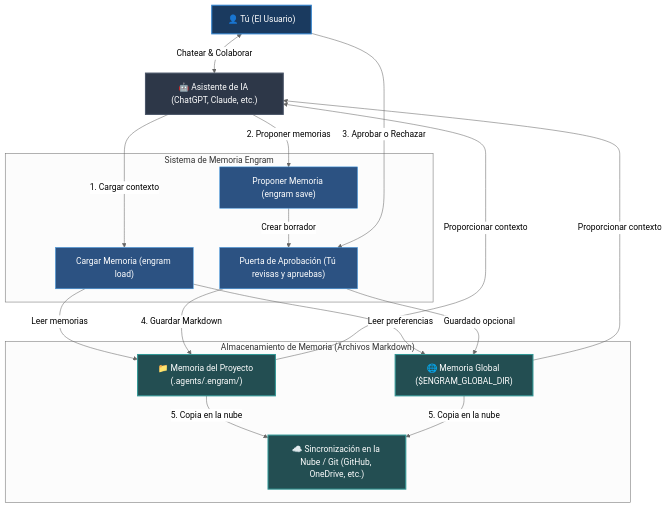
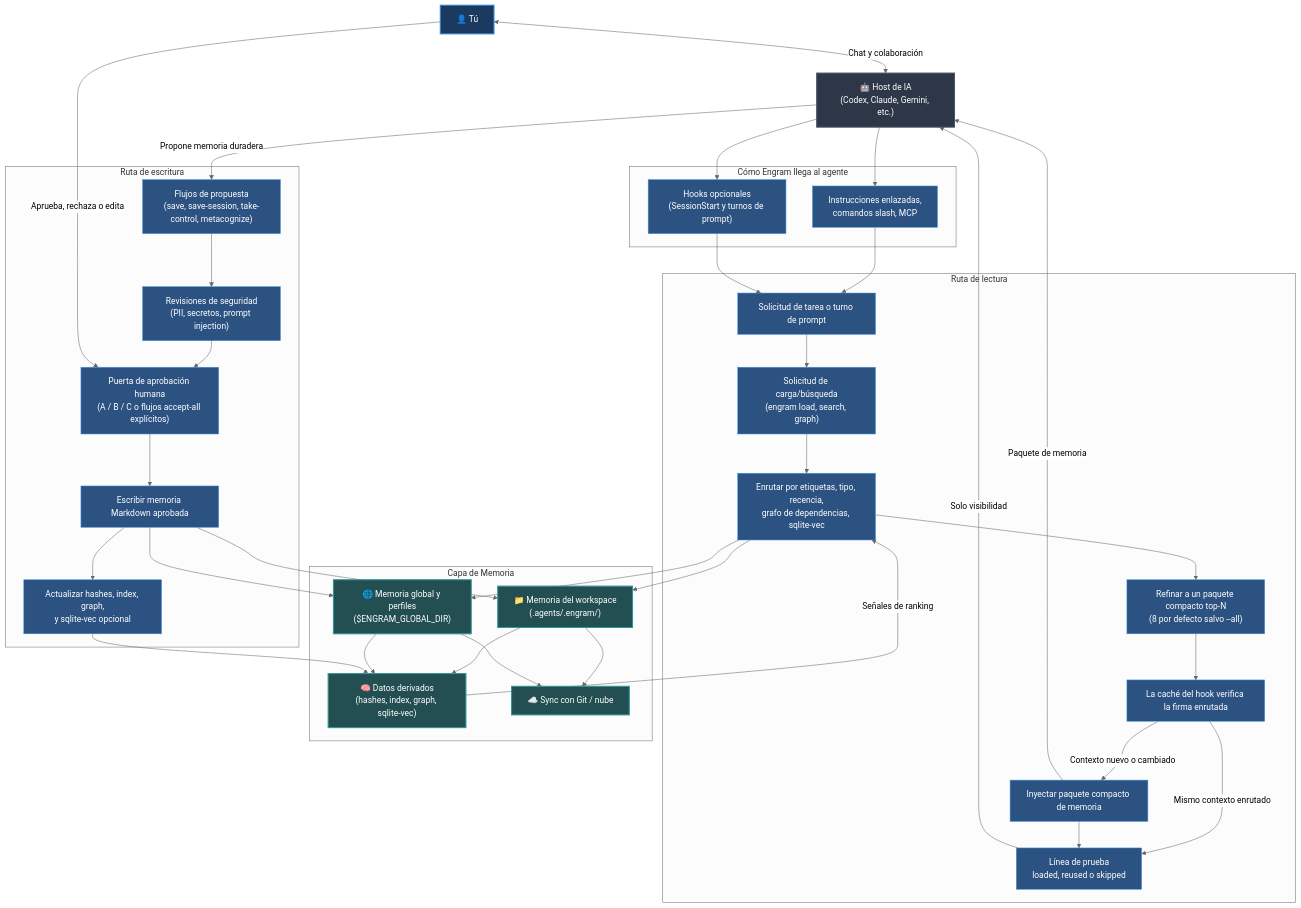
One commit to the-long-ride/engram changed the diagram in documentation/es/README.md. Above: the diagram before and after it, drawn with Mermaid (neutral theme). The commit also changed other lines of this file and 19 other files, not shown here.

Commit message:
docs: refresh proof and architecture docs

````diff
--- a/documentation/es/README.md
+++ b/documentation/es/README.md
@@ -27,39 +27,71 @@
 ```mermaid
 graph TD
-    %% Styling
-    classDef default fill:#111,stroke:#333,stroke-width:1px,color:#fff;
     classDef human fill:#1a3a5f,stroke:#3182ce,stroke-width:2px,color:#fff;
     classDef agent fill:#2d3748,stroke:#4a5568,stroke-width:2px,color:#fff;
     classDef storage fill:#234e52,stroke:#319795,stroke-width:2px,color:#fff;
     classDef action fill:#2c5282,stroke:#4299e1,stroke-width:1px,color:#fff;
 
-    User["👤 Tú (El Usuario)"]:::human
-    AI["🤖 Asistente de IA (ChatGPT, Claude, etc.)"]:::agent
+    User["👤 Tú"]:::human
+    AI["🤖 Host de IA\n(Codex, Claude, Gemini, etc.)"]:::agent
 
-    subgraph Engram ["Sistema de Memoria Engram"]
-        Load["Cargar Memoria (engram load)"]:::action
-        Propose["Proponer Memoria (engram save)"]:::action
-        Review["Puerta de Aprobación (Tú revisas y apruebas)"]:::action
+    subgraph Entry ["Cómo Engram llega al agente"]
+        Links["Instrucciones enlazadas,\ncomandos slash, MCP"]:::action
+        Hooks["Hooks opcionales\n(SessionStart y turnos de prompt)"]:::action
     end
 
-    subgraph Storage ["Almacenamiento de Memoria (Archivos Markdown)"]
-        LocalStore["📁 Memoria del Proyecto (.agents/.engram/)"]:::storage
-        GlobalStore["🌐 Memoria Global ($ENGRAM_GLOBAL_DIR)"]:::storage
-        SyncStore["☁️ Sincronización en la Nube / Git (GitHub, OneDrive, etc.)"]:::storage
+    subgraph Read ["Ruta de lectura"]
+        Trigger["Solicitud de tarea o turno de prompt"]:::action
+        Load["Solicitud de carga/búsqueda\n(engram load, search, graph)"]:::action
+        Route["Enrutar por etiquetas, tipo, recencia,\ngrafo de dependencias, sqlite-vec"]:::action
+        Refine["Refinar a un paquete compacto top-N\n(8 por defecto salvo --all)"]:::action
+        Cache["La caché del hook verifica la firma enrutada"]:::action
+        Inject["Inyectar paquete compacto de memoria"]:::action
+        Proof["Línea de prueba\nloaded, reused o skipped"]:::action
     end
 
-    %% Interactions
-    User <-->|Chatear & Colaborar| AI
-    AI -->|1. Cargar contexto| Load
-    Load -->|Leer memorias| LocalStore
-    Load -->|Leer preferencias| GlobalStore
-    LocalStore & GlobalStore -->|Proporcionar contexto| AI
+    subgraph Write ["Ruta de escritura"]
+        Proposal["Flujos de propuesta\n(save, save-session, take-control, metacognize)"]:::action
+        Scan["Revisiones de seguridad\n(PII, secretos, prompt injection)"]:::action
+        Review["Puerta de aprobación humana\n(A / B / C o flujos accept-all explícitos)"]:::action
+        Persist["Escribir memoria Markdown aprobada"]:::action
+        Rebuild["Actualizar hashes, index, graph,\ny sqlite-vec opcional"]:::action
+    end
 
-    AI -->|2. Proponer memorias| Propose
-    Propose -->|Crear borrador| Review
-    User -->|3. Aprobar o Rechazar| Review
-    Review -->|4. Guardar Markdown| LocalStore
-    Review -->|Guardado opcional| GlobalStore
-    LocalStore -->|5. Copia en la nube| SyncStore
-    GlobalStore -->|5. Copia en la nube| SyncStore
+    subgraph Memory ["Capa de Memoria"]
+        Workspace["📁 Memoria del workspace\n(.agents/.engram/)"]:::storage
+        Global["🌐 Memoria global y perfiles\n($ENGRAM_GLOBAL_DIR)"]:::storage
+        Derived["🧠 Datos derivados\n(hashes, index, graph, sqlite-vec)"]:::storage
+        Sync["☁️ Sync con Git / nube"]:::storage
+    end
+
+    User <-->|Chat y colaboración| AI
+    AI --> Links
+    AI --> Hooks
+    Links --> Trigger
+    Hooks --> Trigger
+    Trigger --> Load
+    Load --> Route
+    Route --> Workspace
+    Route --> Global
+    Workspace --> Derived
+    Global --> Derived
+    Derived -->|Señales de ranking| Route
+    Route --> Refine
+    Refine --> Cache
+    Cache -->|Contexto nuevo o cambiado| Inject
+    Cache -->|Mismo contexto enrutado| Proof
+    Inject -->|Paquete de memoria| AI
+    Inject --> Proof
+    Proof -->|Solo visibilidad| AI
+    AI -->|Propone memoria duradera| Proposal
+    Proposal --> Scan
+    Scan --> Review
+    User -->|Aprueba, rechaza o edita| Review
+    Review --> Persist
+    Persist --> Workspace
+    Persist --> Global
+    Persist --> Rebuild
+    Rebuild --> Derived
+    Workspace --> Sync
+    Global --> Sync
 ```
````
